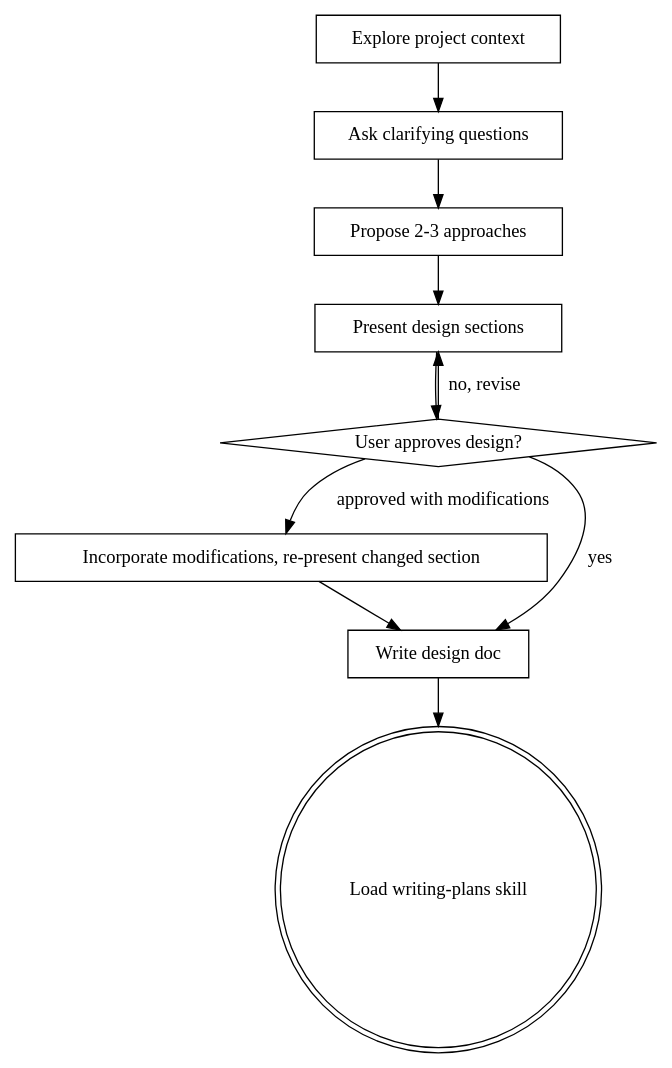
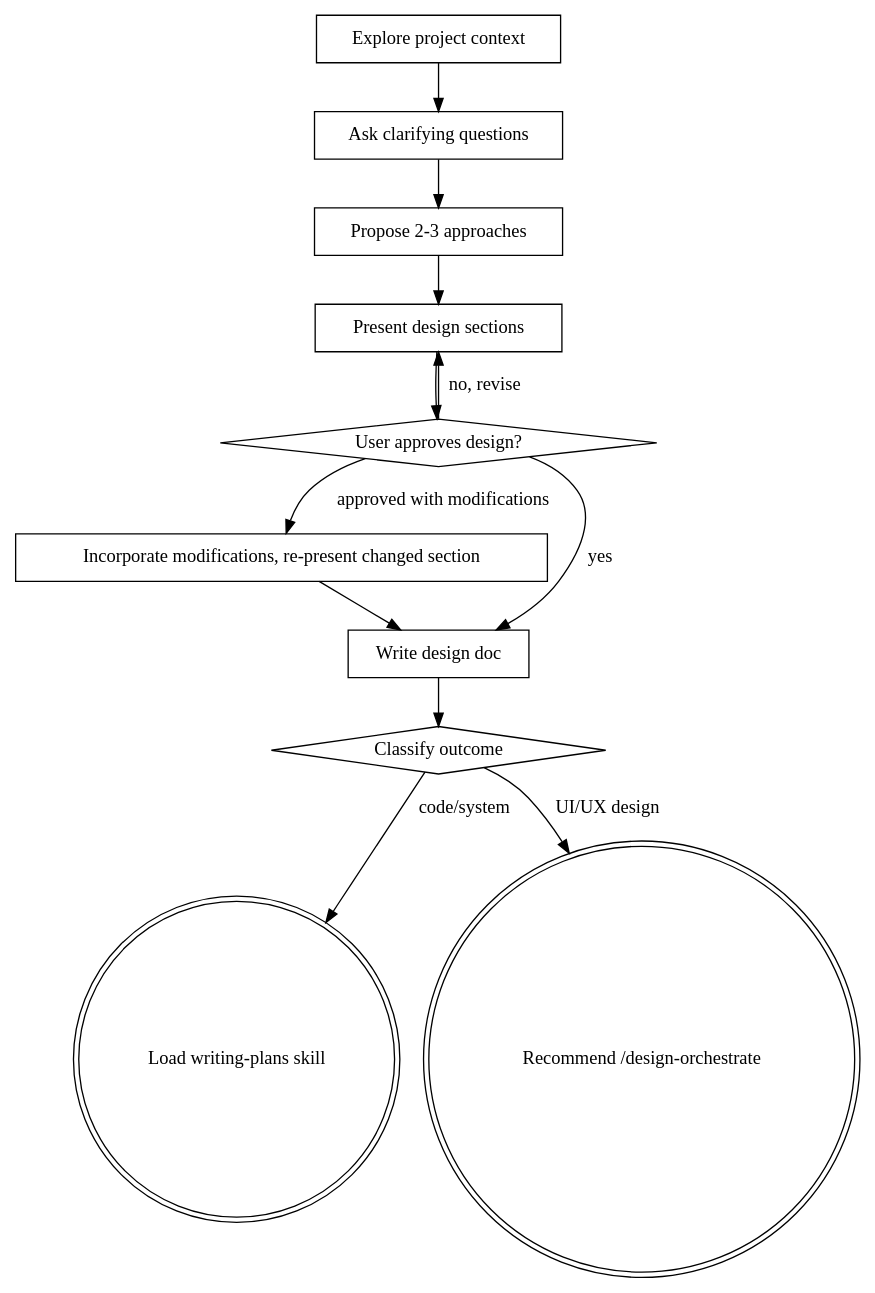
The diagram in skills/brainstorming/SKILL.md (NeoAnthropocene/SuperAntigravity), drawn with Graphviz before and after one commit. The commit also changed other lines of this file and 2 other files, not shown here.

Commit message:
feat(brainstorm): route UI/UX outcomes to design-orchestrate

````diff
--- a/skills/brainstorming/SKILL.md
+++ b/skills/brainstorming/SKILL.md
@@ -44,22 +44,26 @@
 ```dot
 digraph brainstorming {
     "Explore project context" [shape=box];
     "Ask clarifying questions" [shape=box];
     "Propose 2-3 approaches" [shape=box];
     "Present design sections" [shape=box];
     "User approves design?" [shape=diamond];
     "Incorporate modifications, re-present changed section" [shape=box];
     "Write design doc" [shape=box];
+    "Classify outcome" [shape=diamond];
     "Load writing-plans skill" [shape=doublecircle];
+    "Recommend /design-orchestrate" [shape=doublecircle];
 
     "Explore project context" -> "Ask clarifying questions";
     "Ask clarifying questions" -> "Propose 2-3 approaches";
     "Propose 2-3 approaches" -> "Present design sections";
     "Present design sections" -> "User approves design?";
     "User approves design?" -> "Present design sections" [label="no, revise"];
     "User approves design?" -> "Incorporate modifications, re-present changed section" [label="approved with modifications"];
     "Incorporate modifications, re-present changed section" -> "Write design doc";
     "User approves design?" -> "Write design doc" [label="yes"];
-    "Write design doc" -> "Load writing-plans skill";
+    "Write design doc" -> "Classify outcome";
+    "Classify outcome" -> "Load writing-plans skill" [label="code/system"];
+    "Classify outcome" -> "Recommend /design-orchestrate" [label="UI/UX design"];
 }
 ```
````
